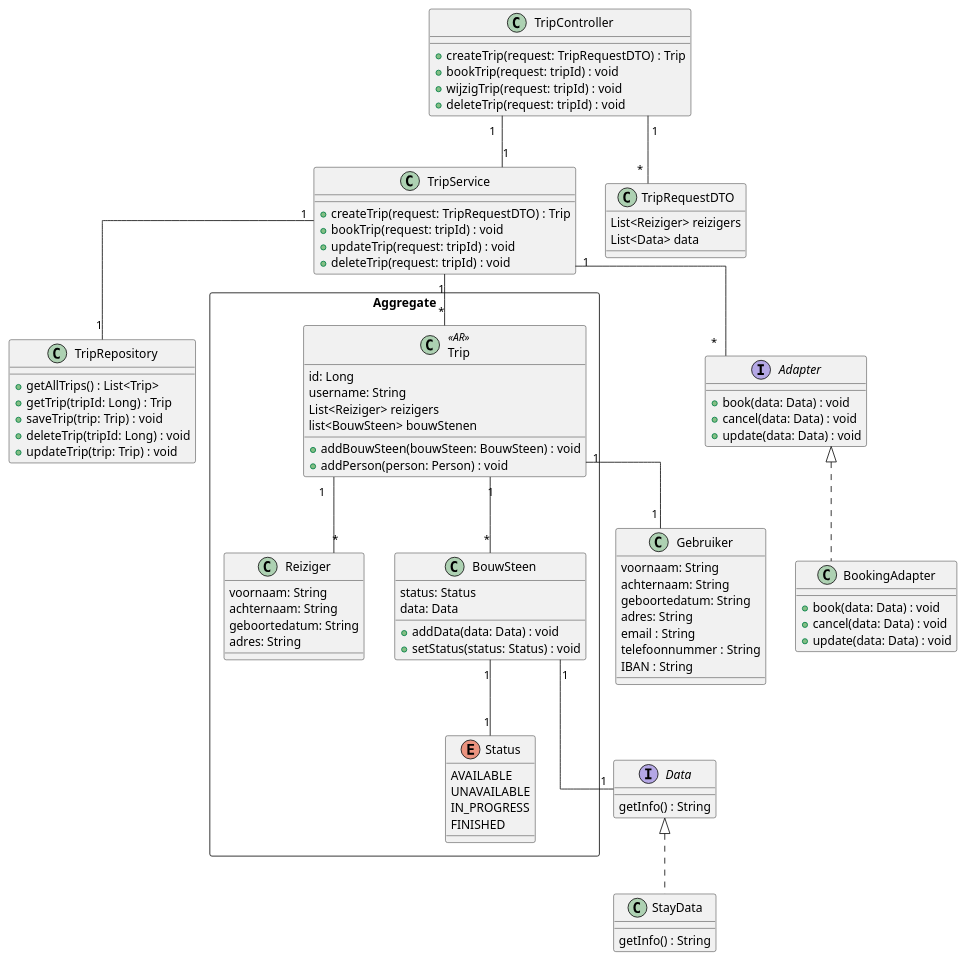
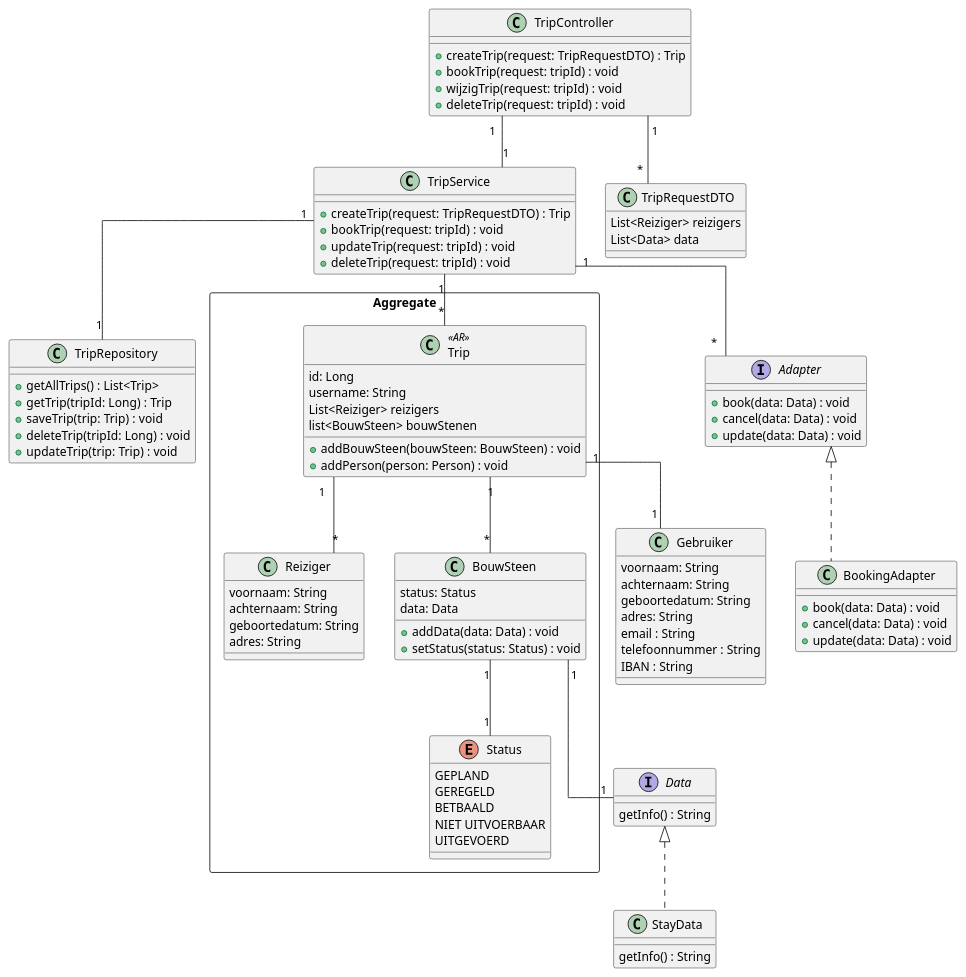
Before and after one commit to AIM-ENE-feb25/triptop-livingin-s-pain-nouri-siebe-boris: the diagram in eigen-bijdrage-siebe/DesignPattern/ClassDiagram.puml, drawn with PlantUML.

```diff
--- a/eigen-bijdrage-siebe/DesignPattern/ClassDiagram.puml
+++ b/eigen-bijdrage-siebe/DesignPattern/ClassDiagram.puml
@@ -1,122 +1,123 @@
 @startuml
 'https://plantuml.com/class-diagram
 skinparam linetype ortho
 
 class TripController {
     +createTrip(request: TripRequestDTO) : Trip
     +bookTrip(request: tripId) : void
     +wijzigTrip(request: tripId) : void
     +deleteTrip(request: tripId) : void
 }
 
 class TripService {
     +createTrip(request: TripRequestDTO) : Trip
     +bookTrip(request: tripId) : void
     +updateTrip(request: tripId) : void
     +deleteTrip(request: tripId) : void
 
 }
 
 class TripRepository {
     +getAllTrips() : List<Trip>
     +getTrip(tripId: Long) : Trip
     +saveTrip(trip: Trip) : void
     +deleteTrip(tripId: Long) : void
     +updateTrip(trip: Trip) : void
 }
 
 
 
 class Gebruiker {
     voornaam: String
     achternaam: String
     geboortedatum: String
     adres: String
     email : String
     telefoonnummer : String
     IBAN : String
 }
 
 rectangle "Aggregate" {
 
 class Trip <<AR>> {
     id: Long
     username: String
     List<Reiziger> reizigers
     list<BouwSteen> bouwStenen
     +addBouwSteen(bouwSteen: BouwSteen) : void
     +addPerson(person: Person) : void
 }
 
 
 class Reiziger {
     voornaam: String
     achternaam: String
     geboortedatum: String
     adres: String
 }
 
 class BouwSteen {
     status: Status
     data: Data
     +addData(data: Data) : void
     +setStatus(status: Status) : void
 }
 
 enum Status {
-    AVAILABLE
-    UNAVAILABLE
-    IN_PROGRESS
-    FINISHED
+    GEPLAND
+    GEREGELD
+    BETBAALD
+    NIET UITVOERBAAR
+    UITGEVOERD
 }
 
 }
 
 interface Data {
   getInfo() : String
 }
 
 class StayData implements Data {
  getInfo() : String
 }
 
 interface Adapter {
     +book(data: Data) : void
     +cancel(data: Data) : void
     +update(data: Data) : void
 }
 
 
 class BookingAdapter implements Adapter {
     +book(data: Data) : void
     +cancel(data: Data) : void
     +update(data: Data) : void
 }
 
 
 
 class TripRequestDTO {
     List<Reiziger> reizigers
     List<Data> data
 }
 
 
 
 TripController "1" -- "1" TripService
 TripService "1" -- "1" TripRepository
 TripController "1" -- "*" TripRequestDTO
 
 TripService "1" -- "*" Trip
 TripService "1" -- "*" Adapter
 
 
 BouwSteen "1" -- "1" Data
 BouwSteen "1" -- "1" Status
 Trip "1" -- "*" BouwSteen
 Trip "1" -- "*" Reiziger
 Trip "1" -- "1" Gebruiker
 
 
 
 
 @enduml
```
